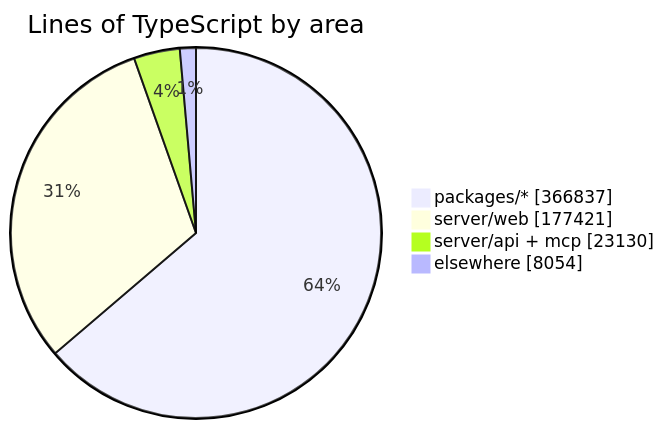
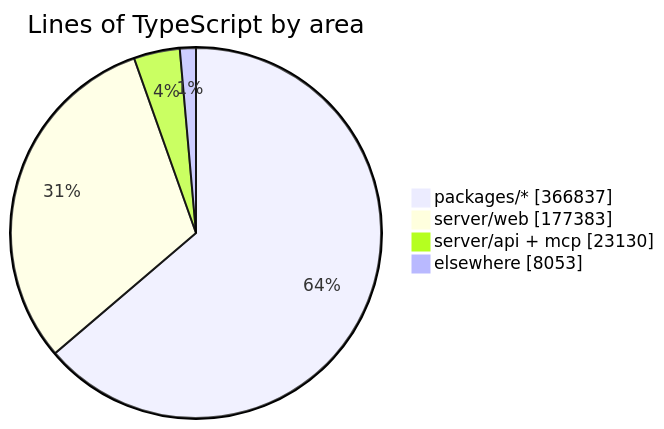
The diagram in README.md (crossworks-engineering/mantle), drawn with Mermaid before and after one commit. The commit also changed other lines of this file and 2 other files, not shown here.

````diff
--- a/README.md
+++ b/README.md
@@ -294,7 +294,7 @@
 ```mermaid
 pie showData title Lines of TypeScript by area
     "packages/*" : 366837
-    "server/web" : 177421
+    "server/web" : 177383
     "server/api + mcp" : 23130
-    "elsewhere" : 8054
+    "elsewhere" : 8053
 ```
````
